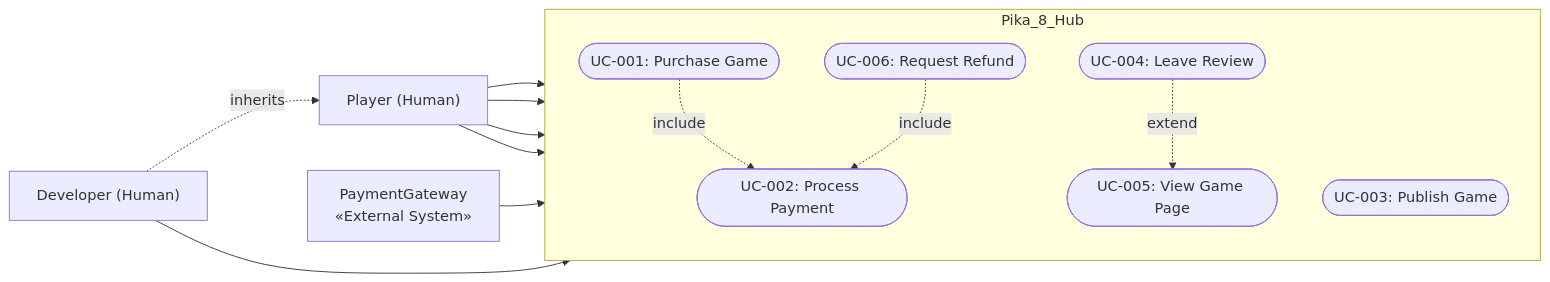
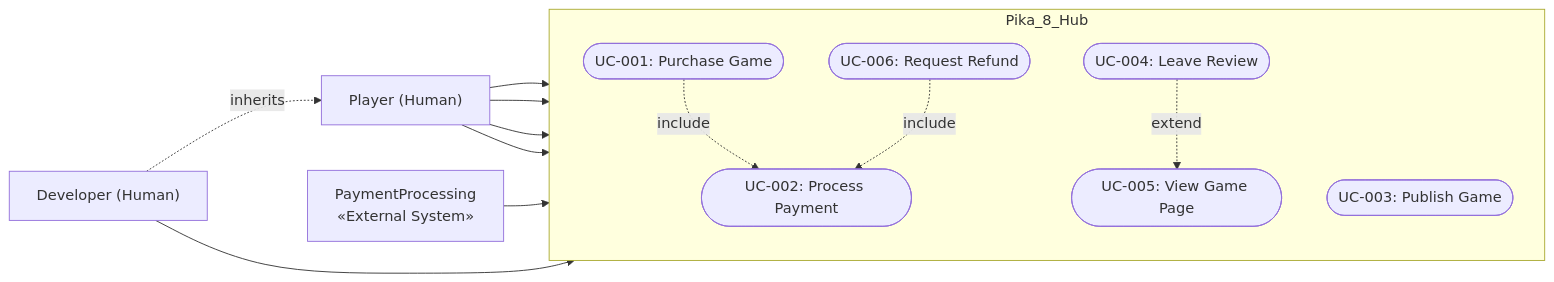
The diagram in lab_1/use_cases.mmd (KotiasFeet/kpi_2026), drawn with Mermaid before and after one commit. The commit also changed 1 other file, not shown here.

```diff
--- a/lab_1/use_cases.mmd
+++ b/lab_1/use_cases.mmd
@@ -1,27 +1,27 @@
 flowchart LR
     player["Player (Human)"]
     dev["Developer (Human)"]
-    pg["PaymentGateway <br> «External System»"]
+    pg["PaymentProcessing <br> «External System»"]
 
     dev -. "inherits" .-> player
 
     subgraph Pika_8_Hub
         direction TB
         UC1(["UC-001: Purchase Game"])
         UC2(["UC-002: Process Payment"])
         UC3(["UC-003: Publish Game"])
         UC4(["UC-004: Leave Review"])
         UC5(["UC-005: View Game Page"])
         UC6(["UC-006: Request Refund"])
     end
 
     player --> UC1
     player --> UC4
     player --> UC5
     dev --> UC3
     pg --> UC2
     player --> UC6
 
     UC1 -. "include" .-> UC2
     UC4 -. "extend" .-> UC5
     UC6 -. "include" .-> UC2
```
